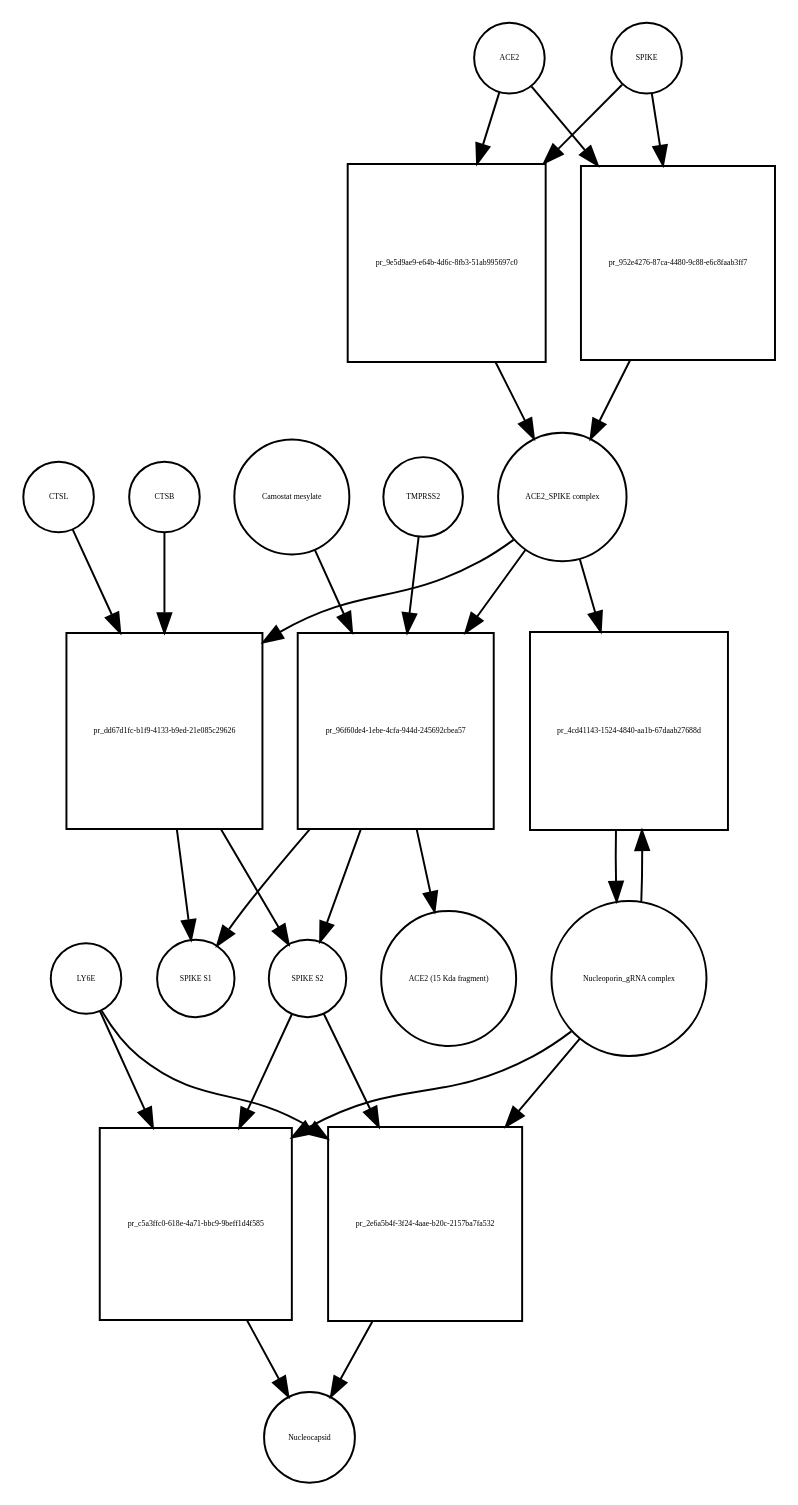
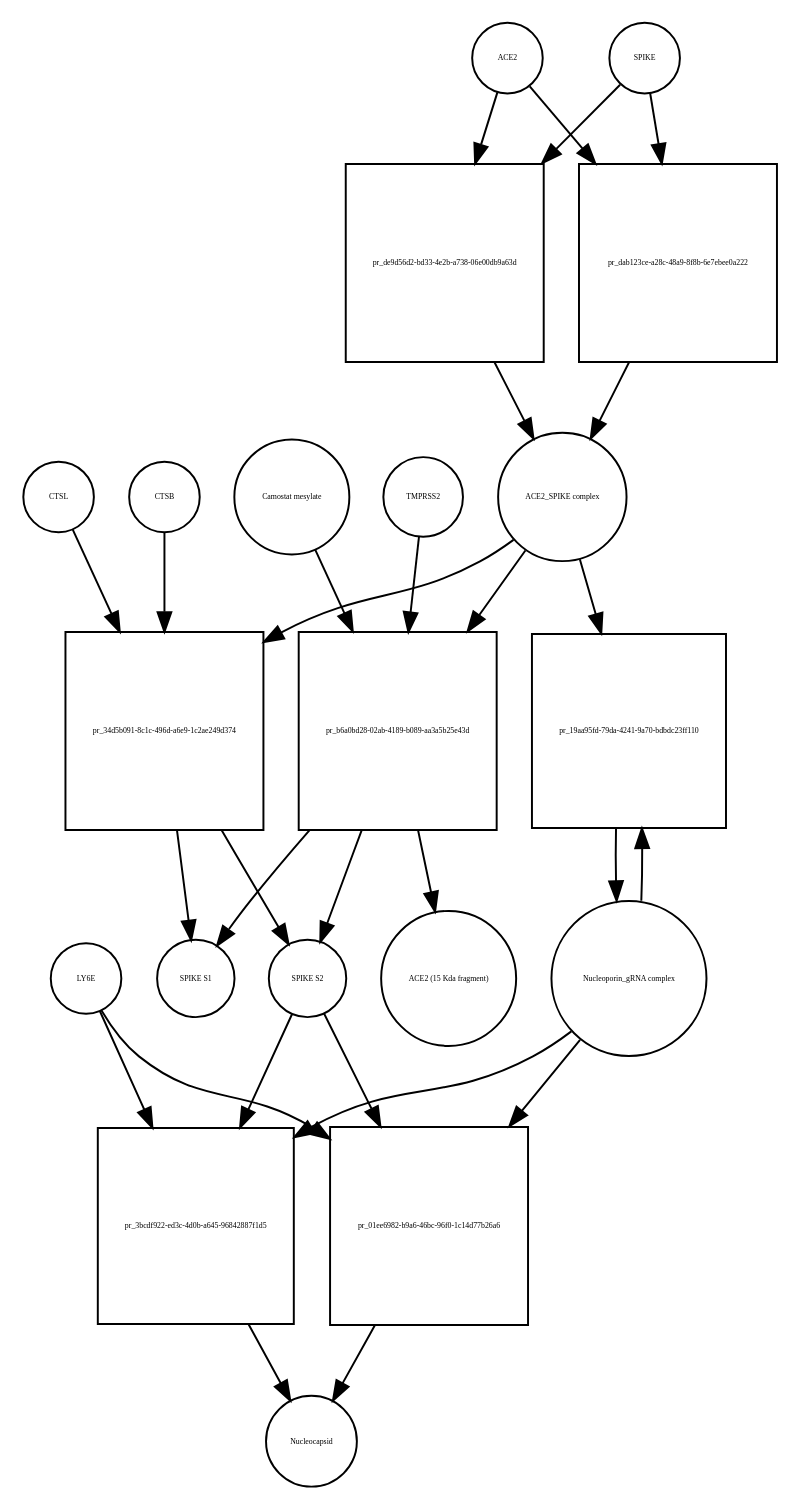
The diagram in Virus_replication_cycle_V01.xml_bipartite.dot (cannin/covid19-sbgn), drawn with Graphviz before and after one commit. The commit also changed 564 other files, not shown here.

```diff
--- a/Virus_replication_cycle_V01.xml_bipartite.dot
+++ b/Virus_replication_cycle_V01.xml_bipartite.dot
@@ -1,50 +1,50 @@
 strict digraph  {
 ACE2 [annotation="", bipartite=0, cls=macromolecule, fontsize=4, label=ACE2, shape=circle];
-"pr_9e5d9ae9-e64b-4d6c-8fb3-51ab995697c0" [annotation="", bipartite=1, cls=process, fontsize=4, label="pr_9e5d9ae9-e64b-4d6c-8fb3-51ab995697c0", shape=square];
+"pr_de9d56d2-bd33-4e2b-a738-06e00db9a63d" [annotation="", bipartite=1, cls=process, fontsize=4, label="pr_de9d56d2-bd33-4e2b-a738-06e00db9a63d", shape=square];
 "ACE2_SPIKE complex" [annotation="", bipartite=0, cls=complex, fontsize=4, label="ACE2_SPIKE complex", shape=circle];
 SPIKE [annotation="", bipartite=0, cls="macromolecule multimer", fontsize=4, label=SPIKE, shape=circle];
 "Nucleoporin_gRNA complex " [annotation="", bipartite=0, cls=complex, fontsize=4, label="Nucleoporin_gRNA complex ", shape=circle];
-"pr_4cd41143-1524-4840-aa1b-67daab27688d" [annotation="", bipartite=1, cls=process, fontsize=4, label="pr_4cd41143-1524-4840-aa1b-67daab27688d", shape=square];
-"pr_dd67d1fc-b1f9-4133-b9ed-21e085c29626" [annotation="", bipartite=1, cls=process, fontsize=4, label="pr_dd67d1fc-b1f9-4133-b9ed-21e085c29626", shape=square];
+"pr_19aa95fd-79da-4241-9a70-bdbdc23ff110" [annotation="", bipartite=1, cls=process, fontsize=4, label="pr_19aa95fd-79da-4241-9a70-bdbdc23ff110", shape=square];
+"pr_34d5b091-8c1c-496d-a6e9-1c2ae249d374" [annotation="", bipartite=1, cls=process, fontsize=4, label="pr_34d5b091-8c1c-496d-a6e9-1c2ae249d374", shape=square];
 "SPIKE S2" [annotation="", bipartite=0, cls=macromolecule, fontsize=4, label="SPIKE S2", shape=circle];
 CTSB [annotation="", bipartite=0, cls=macromolecule, fontsize=4, label=CTSB, shape=circle];
 CTSL [annotation="", bipartite=0, cls=macromolecule, fontsize=4, label=CTSL, shape=circle];
 "SPIKE S1" [annotation="", bipartite=0, cls=macromolecule, fontsize=4, label="SPIKE S1", shape=circle];
-"pr_c5a3ffc0-618e-4a71-bbc9-9beff1d4f585" [annotation="", bipartite=1, cls=process, fontsize=4, label="pr_c5a3ffc0-618e-4a71-bbc9-9beff1d4f585", shape=square];
+"pr_3bcdf922-ed3c-4d0b-a645-96842887f1d5" [annotation="", bipartite=1, cls=process, fontsize=4, label="pr_3bcdf922-ed3c-4d0b-a645-96842887f1d5", shape=square];
 Nucleocapsid [annotation="", bipartite=0, cls=complex, fontsize=4, label=Nucleocapsid, shape=circle];
 LY6E [annotation="", bipartite=0, cls=macromolecule, fontsize=4, label=LY6E, shape=circle];
-"pr_96f60de4-1ebe-4cfa-944d-245692cbea57" [annotation="", bipartite=1, cls=process, fontsize=4, label="pr_96f60de4-1ebe-4cfa-944d-245692cbea57", shape=square];
+"pr_b6a0bd28-02ab-4189-b089-aa3a5b25e43d" [annotation="", bipartite=1, cls=process, fontsize=4, label="pr_b6a0bd28-02ab-4189-b089-aa3a5b25e43d", shape=square];
 TMPRSS2 [annotation="", bipartite=0, cls=macromolecule, fontsize=4, label=TMPRSS2, shape=circle];
 "Camostat mesylate" [annotation="urn_miriam_pubchem.compound_2536", bipartite=0, cls="simple chemical", fontsize=4, label="Camostat mesylate", shape=circle];
 "ACE2 (15 Kda fragment)" [annotation="", bipartite=0, cls=macromolecule, fontsize=4, label="ACE2 (15 Kda fragment)", shape=circle];
-"pr_952e4276-87ca-4480-9c88-e6c8faab3ff7" [annotation="", bipartite=1, cls=process, fontsize=4, label="pr_952e4276-87ca-4480-9c88-e6c8faab3ff7", shape=square];
-"pr_2e6a5b4f-3f24-4aae-b20c-2157ba7fa532" [annotation="", bipartite=1, cls=process, fontsize=4, label="pr_2e6a5b4f-3f24-4aae-b20c-2157ba7fa532", shape=square];
-ACE2 -> "pr_9e5d9ae9-e64b-4d6c-8fb3-51ab995697c0"  [annotation="", interaction_type=consumption];
-ACE2 -> "pr_952e4276-87ca-4480-9c88-e6c8faab3ff7"  [annotation="", interaction_type=consumption];
-"pr_9e5d9ae9-e64b-4d6c-8fb3-51ab995697c0" -> "ACE2_SPIKE complex"  [annotation="", interaction_type=production];
-"ACE2_SPIKE complex" -> "pr_4cd41143-1524-4840-aa1b-67daab27688d"  [annotation="urn_miriam_pubmed_32142651|urn_miriam_pubmed_32094589", interaction_type=stimulation];
-"ACE2_SPIKE complex" -> "pr_dd67d1fc-b1f9-4133-b9ed-21e085c29626"  [annotation="", interaction_type=consumption];
-"ACE2_SPIKE complex" -> "pr_96f60de4-1ebe-4cfa-944d-245692cbea57"  [annotation="", interaction_type=consumption];
-SPIKE -> "pr_9e5d9ae9-e64b-4d6c-8fb3-51ab995697c0"  [annotation="", interaction_type=consumption];
-SPIKE -> "pr_952e4276-87ca-4480-9c88-e6c8faab3ff7"  [annotation="", interaction_type=consumption];
-"Nucleoporin_gRNA complex " -> "pr_4cd41143-1524-4840-aa1b-67daab27688d"  [annotation="", interaction_type=consumption];
-"Nucleoporin_gRNA complex " -> "pr_c5a3ffc0-618e-4a71-bbc9-9beff1d4f585"  [annotation="", interaction_type=consumption];
-"Nucleoporin_gRNA complex " -> "pr_2e6a5b4f-3f24-4aae-b20c-2157ba7fa532"  [annotation="", interaction_type=consumption];
-"pr_4cd41143-1524-4840-aa1b-67daab27688d" -> "Nucleoporin_gRNA complex "  [annotation="", interaction_type=production];
-"pr_dd67d1fc-b1f9-4133-b9ed-21e085c29626" -> "SPIKE S2"  [annotation="", interaction_type=production];
-"pr_dd67d1fc-b1f9-4133-b9ed-21e085c29626" -> "SPIKE S1"  [annotation="", interaction_type=production];
-"SPIKE S2" -> "pr_c5a3ffc0-618e-4a71-bbc9-9beff1d4f585"  [annotation="urn_miriam_doi_10.1101%2F2020.03.05.979260|urn_miriam_pubmed_32142651|urn_miriam_pubmed_32094589", interaction_type=stimulation];
-"SPIKE S2" -> "pr_2e6a5b4f-3f24-4aae-b20c-2157ba7fa532"  [annotation="urn_miriam_doi_10.1101%2F2020.03.05.979260", interaction_type=stimulation];
-CTSB -> "pr_dd67d1fc-b1f9-4133-b9ed-21e085c29626"  [annotation=urn_miriam_pubmed_32142651, interaction_type=catalysis];
-CTSL -> "pr_dd67d1fc-b1f9-4133-b9ed-21e085c29626"  [annotation=urn_miriam_pubmed_32142651, interaction_type=catalysis];
-"pr_c5a3ffc0-618e-4a71-bbc9-9beff1d4f585" -> Nucleocapsid  [annotation="", interaction_type=production];
-LY6E -> "pr_c5a3ffc0-618e-4a71-bbc9-9beff1d4f585"  [annotation="urn_miriam_doi_10.1101%2F2020.03.05.979260|urn_miriam_pubmed_32142651|urn_miriam_pubmed_32094589", interaction_type=inhibition];
-LY6E -> "pr_2e6a5b4f-3f24-4aae-b20c-2157ba7fa532"  [annotation="urn_miriam_doi_10.1101%2F2020.03.05.979260", interaction_type=inhibition];
-"pr_96f60de4-1ebe-4cfa-944d-245692cbea57" -> "SPIKE S2"  [annotation="", interaction_type=production];
-"pr_96f60de4-1ebe-4cfa-944d-245692cbea57" -> "SPIKE S1"  [annotation="", interaction_type=production];
-"pr_96f60de4-1ebe-4cfa-944d-245692cbea57" -> "ACE2 (15 Kda fragment)"  [annotation="", interaction_type=production];
-TMPRSS2 -> "pr_96f60de4-1ebe-4cfa-944d-245692cbea57"  [annotation="urn_miriam_pubmed_32142651|urn_miriam_pubmed_32094589|urn_miriam_pubmed_24227843", interaction_type=catalysis];
-"Camostat mesylate" -> "pr_96f60de4-1ebe-4cfa-944d-245692cbea57"  [annotation="urn_miriam_pubmed_32142651|urn_miriam_pubmed_32094589|urn_miriam_pubmed_24227843", interaction_type=inhibition];
-"pr_952e4276-87ca-4480-9c88-e6c8faab3ff7" -> "ACE2_SPIKE complex"  [annotation="", interaction_type=production];
-"pr_2e6a5b4f-3f24-4aae-b20c-2157ba7fa532" -> Nucleocapsid  [annotation="", interaction_type=production];
+"pr_dab123ce-a28c-48a9-8f8b-6e7ebee0a222" [annotation="", bipartite=1, cls=process, fontsize=4, label="pr_dab123ce-a28c-48a9-8f8b-6e7ebee0a222", shape=square];
+"pr_01ee6982-b9a6-46bc-96f0-1c14d77b26a6" [annotation="", bipartite=1, cls=process, fontsize=4, label="pr_01ee6982-b9a6-46bc-96f0-1c14d77b26a6", shape=square];
+ACE2 -> "pr_de9d56d2-bd33-4e2b-a738-06e00db9a63d"  [annotation="", interaction_type=consumption];
+ACE2 -> "pr_dab123ce-a28c-48a9-8f8b-6e7ebee0a222"  [annotation="", interaction_type=consumption];
+"pr_de9d56d2-bd33-4e2b-a738-06e00db9a63d" -> "ACE2_SPIKE complex"  [annotation="", interaction_type=production];
+"ACE2_SPIKE complex" -> "pr_19aa95fd-79da-4241-9a70-bdbdc23ff110"  [annotation="urn_miriam_pubmed_32142651|urn_miriam_pubmed_32094589", interaction_type=stimulation];
+"ACE2_SPIKE complex" -> "pr_34d5b091-8c1c-496d-a6e9-1c2ae249d374"  [annotation="", interaction_type=consumption];
+"ACE2_SPIKE complex" -> "pr_b6a0bd28-02ab-4189-b089-aa3a5b25e43d"  [annotation="", interaction_type=consumption];
+SPIKE -> "pr_de9d56d2-bd33-4e2b-a738-06e00db9a63d"  [annotation="", interaction_type=consumption];
+SPIKE -> "pr_dab123ce-a28c-48a9-8f8b-6e7ebee0a222"  [annotation="", interaction_type=consumption];
+"Nucleoporin_gRNA complex " -> "pr_19aa95fd-79da-4241-9a70-bdbdc23ff110"  [annotation="", interaction_type=consumption];
+"Nucleoporin_gRNA complex " -> "pr_3bcdf922-ed3c-4d0b-a645-96842887f1d5"  [annotation="", interaction_type=consumption];
+"Nucleoporin_gRNA complex " -> "pr_01ee6982-b9a6-46bc-96f0-1c14d77b26a6"  [annotation="", interaction_type=consumption];
+"pr_19aa95fd-79da-4241-9a70-bdbdc23ff110" -> "Nucleoporin_gRNA complex "  [annotation="", interaction_type=production];
+"pr_34d5b091-8c1c-496d-a6e9-1c2ae249d374" -> "SPIKE S2"  [annotation="", interaction_type=production];
+"pr_34d5b091-8c1c-496d-a6e9-1c2ae249d374" -> "SPIKE S1"  [annotation="", interaction_type=production];
+"SPIKE S2" -> "pr_3bcdf922-ed3c-4d0b-a645-96842887f1d5"  [annotation="urn_miriam_doi_10.1101%2F2020.03.05.979260|urn_miriam_pubmed_32142651|urn_miriam_pubmed_32094589", interaction_type=stimulation];
+"SPIKE S2" -> "pr_01ee6982-b9a6-46bc-96f0-1c14d77b26a6"  [annotation="urn_miriam_doi_10.1101%2F2020.03.05.979260", interaction_type=stimulation];
+CTSB -> "pr_34d5b091-8c1c-496d-a6e9-1c2ae249d374"  [annotation=urn_miriam_pubmed_32142651, interaction_type=catalysis];
+CTSL -> "pr_34d5b091-8c1c-496d-a6e9-1c2ae249d374"  [annotation=urn_miriam_pubmed_32142651, interaction_type=catalysis];
+"pr_3bcdf922-ed3c-4d0b-a645-96842887f1d5" -> Nucleocapsid  [annotation="", interaction_type=production];
+LY6E -> "pr_3bcdf922-ed3c-4d0b-a645-96842887f1d5"  [annotation="urn_miriam_doi_10.1101%2F2020.03.05.979260|urn_miriam_pubmed_32142651|urn_miriam_pubmed_32094589", interaction_type=inhibition];
+LY6E -> "pr_01ee6982-b9a6-46bc-96f0-1c14d77b26a6"  [annotation="urn_miriam_doi_10.1101%2F2020.03.05.979260", interaction_type=inhibition];
+"pr_b6a0bd28-02ab-4189-b089-aa3a5b25e43d" -> "SPIKE S2"  [annotation="", interaction_type=production];
+"pr_b6a0bd28-02ab-4189-b089-aa3a5b25e43d" -> "SPIKE S1"  [annotation="", interaction_type=production];
+"pr_b6a0bd28-02ab-4189-b089-aa3a5b25e43d" -> "ACE2 (15 Kda fragment)"  [annotation="", interaction_type=production];
+TMPRSS2 -> "pr_b6a0bd28-02ab-4189-b089-aa3a5b25e43d"  [annotation="urn_miriam_pubmed_32142651|urn_miriam_pubmed_32094589|urn_miriam_pubmed_24227843", interaction_type=catalysis];
+"Camostat mesylate" -> "pr_b6a0bd28-02ab-4189-b089-aa3a5b25e43d"  [annotation="urn_miriam_pubmed_32142651|urn_miriam_pubmed_32094589|urn_miriam_pubmed_24227843", interaction_type=inhibition];
+"pr_dab123ce-a28c-48a9-8f8b-6e7ebee0a222" -> "ACE2_SPIKE complex"  [annotation="", interaction_type=production];
+"pr_01ee6982-b9a6-46bc-96f0-1c14d77b26a6" -> Nucleocapsid  [annotation="", interaction_type=production];
 }
```
